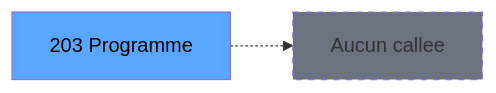
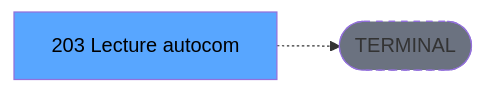
Before and after one commit to thonyAGP/lecteur-magic: the third of 3 diagrams in .openspec/specs/ADH-IDE-203.md, drawn with Mermaid. The commit also changed other lines of this file and 701 other files, not shown here.

````diff
--- a/.openspec/specs/ADH-IDE-203.md
+++ b/.openspec/specs/ADH-IDE-203.md
@@ -130,8 +134,8 @@
 ```mermaid
 graph LR
-    T[203 Programme]
-    NONE[Aucun callee]
-    T -.-> NONE
+    T[203 Lecture autocom]
+    TERM([TERMINAL])
+    T -.-> TERM
+    style TERM fill:#6b7280,stroke-dasharray: 5 5
     style T fill:#58a6ff,color:#000
-    style NONE fill:#6b7280,stroke-dasharray: 5 5
 ```
````
